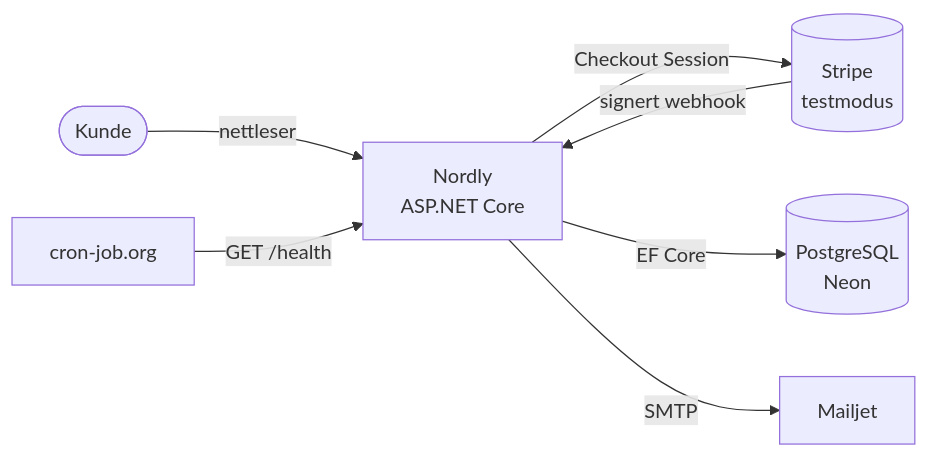
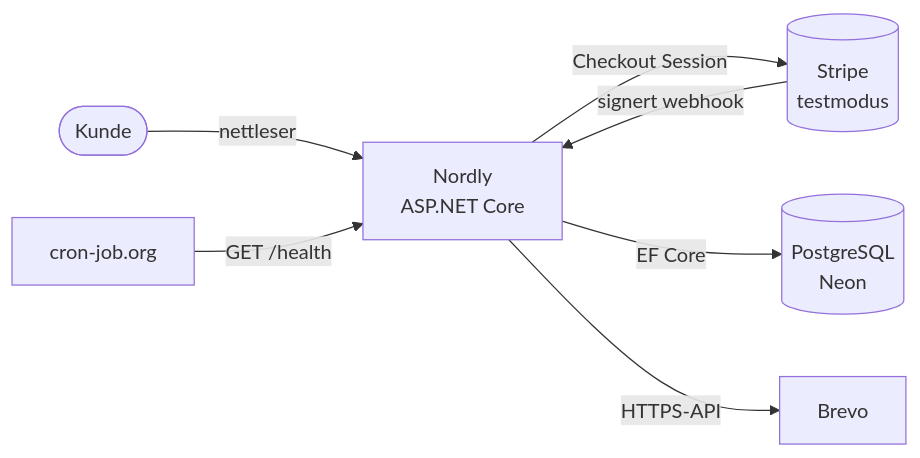
Before and after one commit to Khhashi/Nordly: the first of 4 diagrams in docs/ARCHITECTURE.md, drawn with Mermaid. The commit also changed other lines of this file and 5 other files, not shown here.

Commit message:
Send ordrebekreftelse via Brevo API fordi Render blokkerer SMTP (closes #96) (#97)

````diff
--- a/docs/ARCHITECTURE.md
+++ b/docs/ARCHITECTURE.md
@@ -33,9 +33,9 @@
 ```mermaid
 flowchart LR
     Kunde([Kunde]) -->|nettleser| Nordly[Nordly<br/>ASP.NET Core]
     Nordly -->|Checkout Session| Stripe[(Stripe<br/>testmodus)]
     Stripe -->|signert webhook| Nordly
     Nordly -->|EF Core| DB[(PostgreSQL<br/>Neon)]
-    Nordly -->|SMTP| Mail[Mailjet]
+    Nordly -->|HTTPS-API| Mail[Brevo]
     Cron[cron-job.org] -->|GET /health| Nordly
 ```
````
